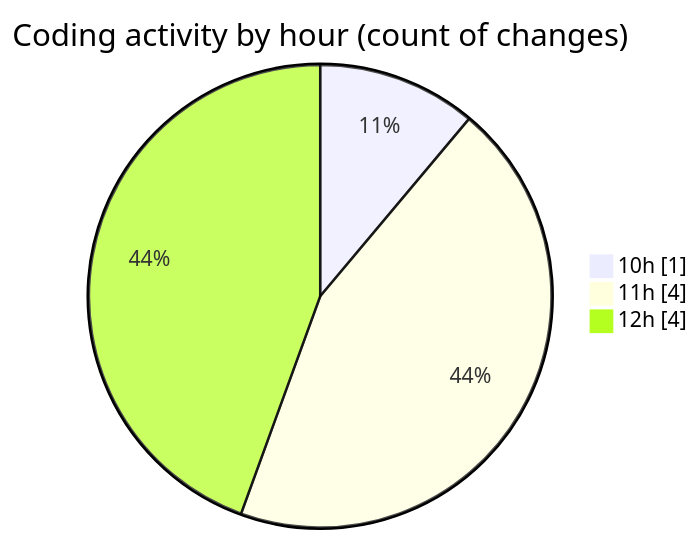
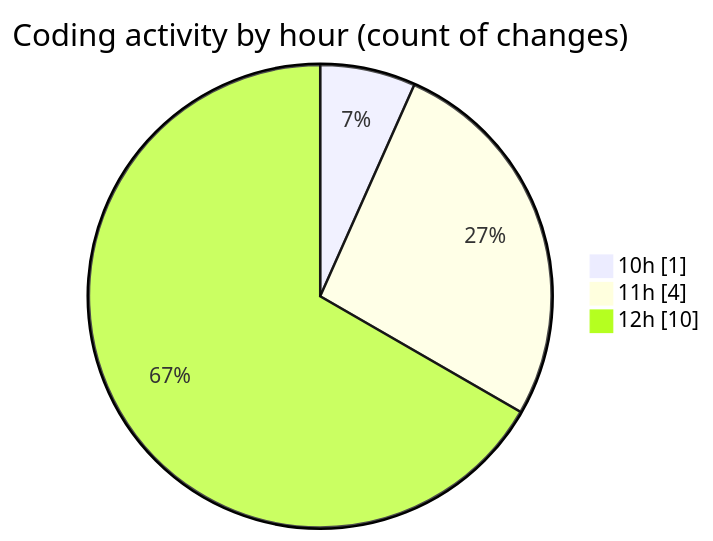
One commit to debugP/code-tracking changed the second of 2 diagrams in 2025-10-08/untitled__workspace_/README.md. Above: the diagram before and after it, drawn with Mermaid. The commit also changed other lines of this file and 1 other file, not shown here.

````diff
--- a/2025-10-08/untitled__workspace_/README.md
+++ b/2025-10-08/untitled__workspace_/README.md
@@ -29,7 +30,7 @@
 ```mermaid
 pie showData
 title Coding activity by hour (count of changes)
 "10h" : 1
 "11h" : 4
-"12h" : 4
+"12h" : 10
 ```
````
